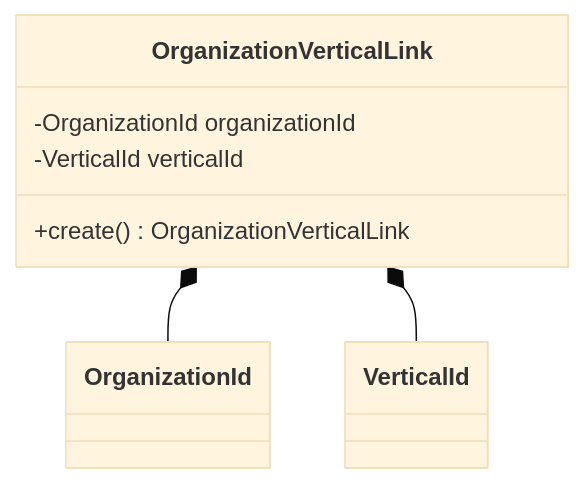
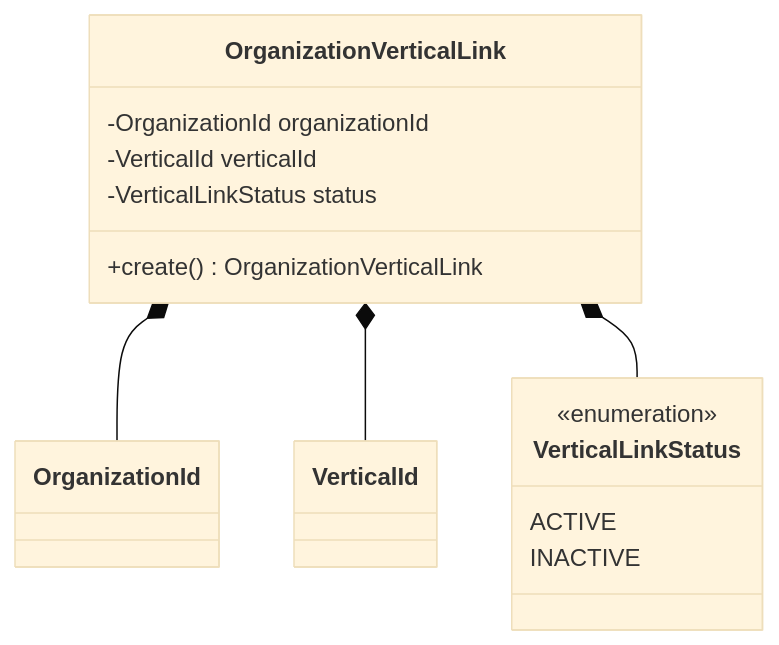
One commit to CSousa-Dev/smart-delivery changed the fifth of 7 diagrams in specs/modules/organization/02-create-organization/design.md. Above: the diagram before and after it, drawn with Mermaid (base theme). The commit also changed other lines of this file and 107 other files, not shown here.

Commit message:
feat(organization): vertical links and endpoints

````diff
--- a/specs/modules/organization/02-create-organization/design.md
+++ b/specs/modules/organization/02-create-organization/design.md
@@ -351,11 +354,19 @@
 ```mermaid
 classDiagram
     class OrganizationVerticalLink {
         -OrganizationId organizationId
         -VerticalId verticalId
+        -VerticalLinkStatus status
         +create() OrganizationVerticalLink
+    }
+
+    class VerticalLinkStatus {
+        <<enumeration>>
+        ACTIVE
+        INACTIVE
     }
 
     OrganizationVerticalLink *-- OrganizationId
     OrganizationVerticalLink *-- VerticalId
+    OrganizationVerticalLink *-- VerticalLinkStatus
 ```
````
